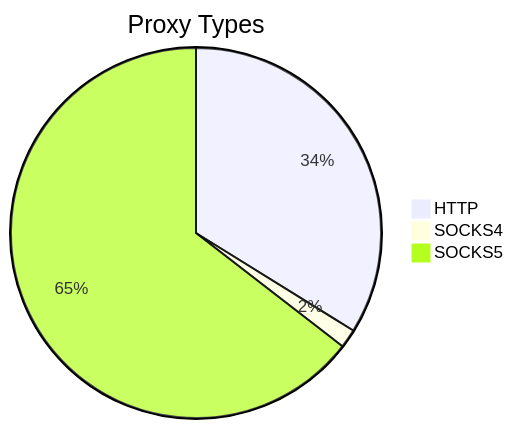
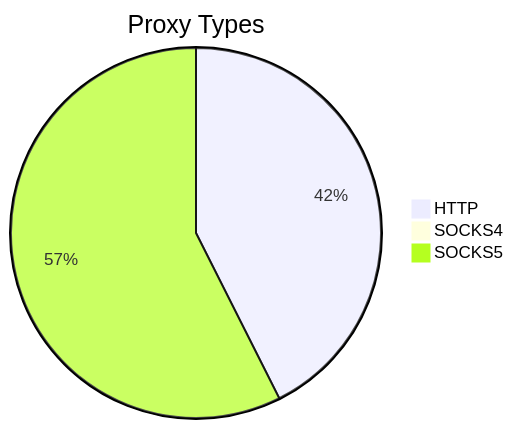
One commit to stormsia/proxy-list changed the first of 2 diagrams in README.md. Above: the diagram before and after it, drawn with Mermaid. The commit also changed other lines of this file, not shown here.

````diff
--- a/README.md
+++ b/README.md
@@ -21,6 +21,6 @@
 ```mermaid
 pie title Proxy Types
-    "HTTP" : 472
-    "SOCKS4" : 23
-    "SOCKS5" : 900
+    "HTTP" : 298
+    "SOCKS4" : 4
+    "SOCKS5" : 402
 ```
````
